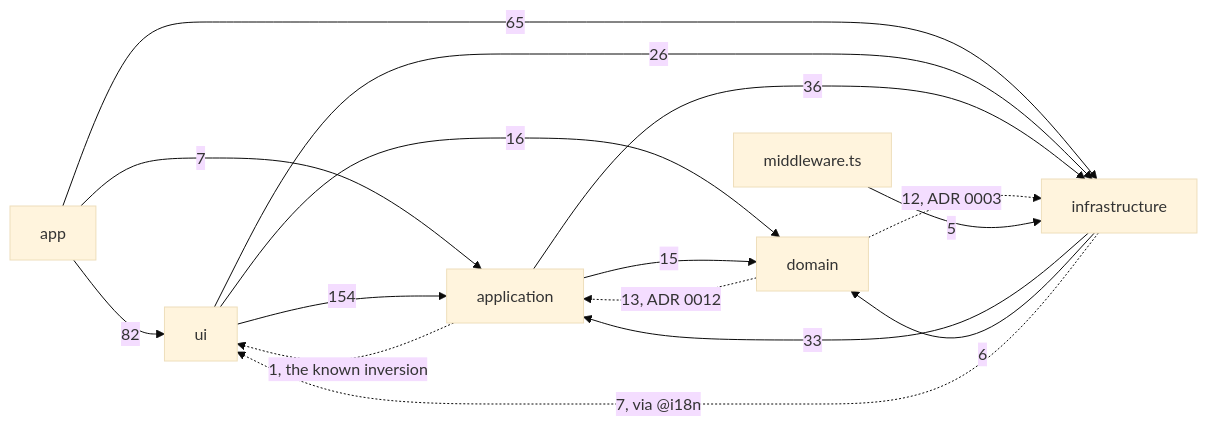
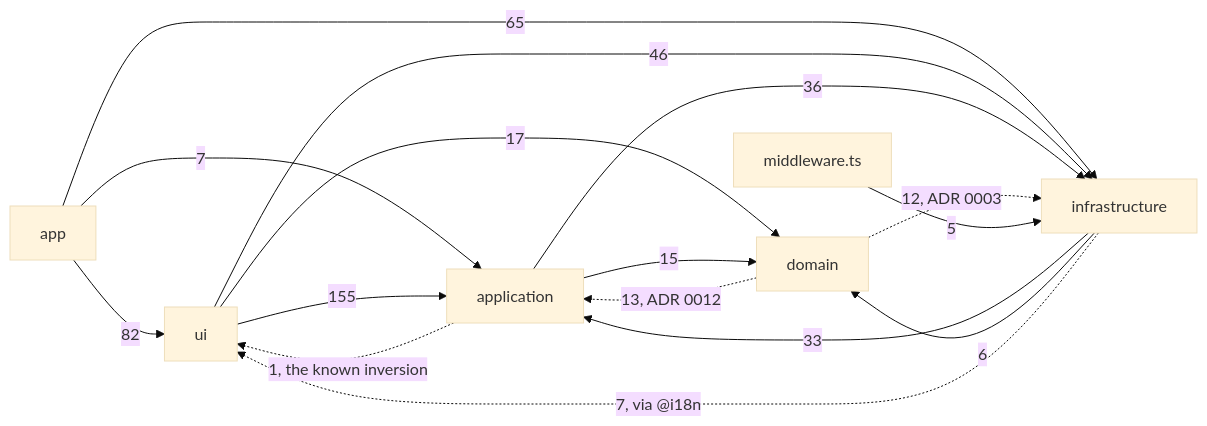
The diagram in apps/docs/src/content/docs/architecture/overview.mdx (fbuireu/forever-pto), drawn with Mermaid (base theme) before and after one commit. The commit also changed other lines of this file and 52 other files, not shown here.

````diff
--- a/apps/docs/src/content/docs/architecture/overview.mdx
+++ b/apps/docs/src/content/docs/architecture/overview.mdx
@@ -47,24 +47,24 @@
 ```mermaid
 flowchart LR
   APP[app]
   UI[ui]
   APPL[application]
   DOM[domain]
   INFRA[infrastructure]
   MW[middleware.ts]
   APP -->|82| UI
   APP -->|7| APPL
   APP -->|65| INFRA
-  UI -->|154| APPL
-  UI -->|16| DOM
-  UI -->|26| INFRA
+  UI -->|155| APPL
+  UI -->|17| DOM
+  UI -->|46| INFRA
   APPL -->|15| DOM
   APPL -->|36| INFRA
   APPL -.->|1, the known inversion| UI
   DOM -.->|13, ADR 0012| APPL
   DOM -.->|12, ADR 0003| INFRA
   INFRA -->|33| APPL
   INFRA -->|6| DOM
   INFRA -.->|7, via @i18n| UI
   MW -->|5| INFRA
 ```
````
